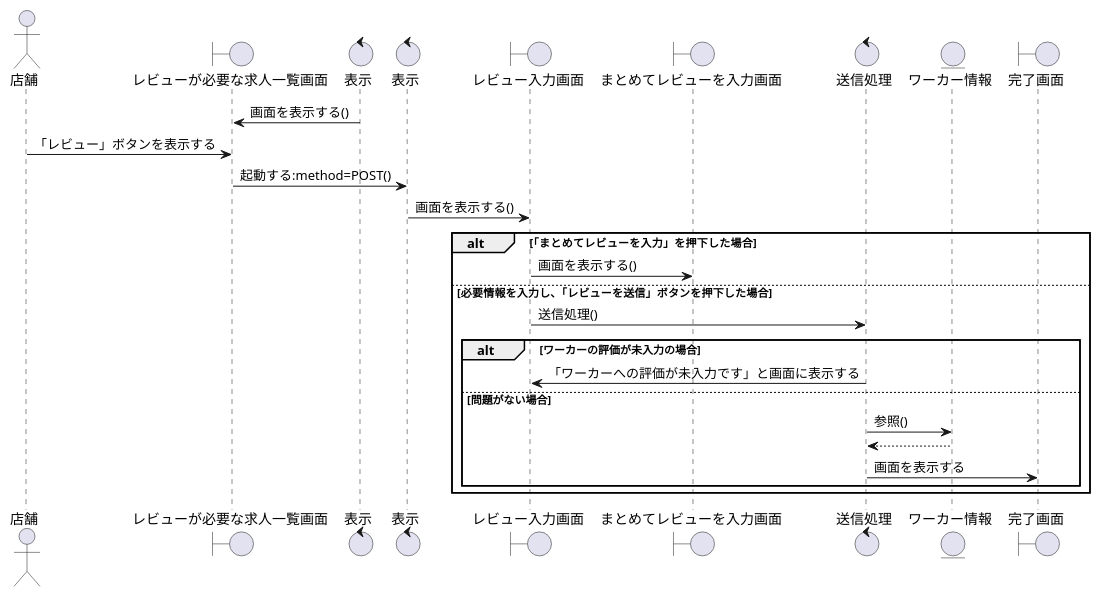
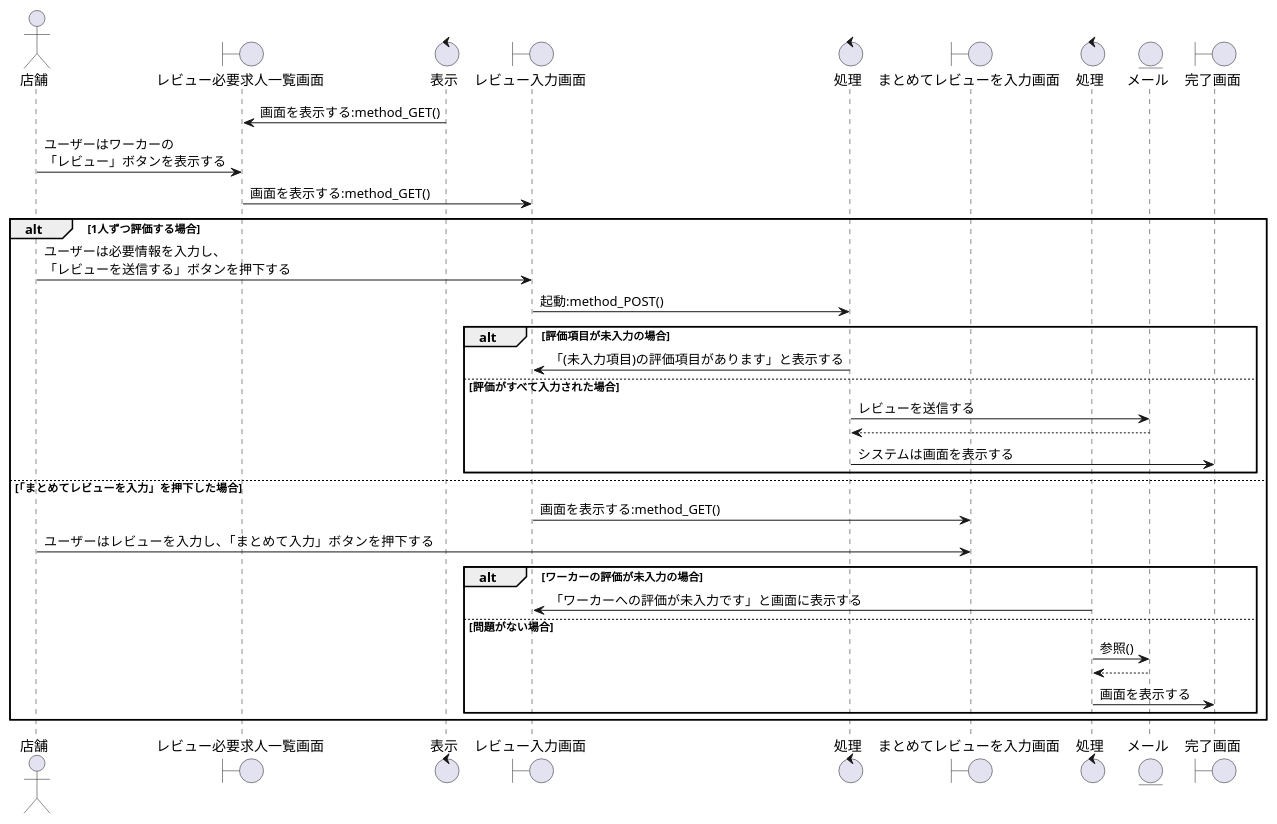
Before and after one commit to irukacb256/high_Me: the diagram in sequence_fig/8_storeside_fn/03_ワーカーを評価する.pu, drawn with PlantUML. The commit also changed 3 other files, not shown here.

```diff
--- a/sequence_fig/8_storeside_fn/03_ワーカーを評価する.pu
+++ b/sequence_fig/8_storeside_fn/03_ワーカーを評価する.pu
@@ -1,36 +1,46 @@
 @startuml ワーカーを評価する
 
 actor 店舗 as cp1
-boundary レビューが必要な求人一覧画面 as b1
+boundary レビュー必要求人一覧画面 as b1
 control 表示 as co1
-control 表示 as co2
 boundary レビュー入力画面 as b2
+control 処理 as co2 
 boundary まとめてレビューを入力画面 as b3
-control 送信処理 as co3
-entity ワーカー情報 as en1
+control 処理 as co3
+entity メール as en1
 boundary 完了画面 as b4
 
-b1 <- co1 :画面を表示する()
-cp1 -> b1 :「レビュー」ボタンを表示する
-b1 -> co2 :起動する:method=POST()
-co2 -> b2 :画面を表示する()
+b1 <- co1 : 画面を表示する:method_GET()
+cp1 -> b1 : ユーザーはワーカーの\n「レビュー」ボタンを表示する
+b1 -> b2 :画面を表示する:method_GET()
 
-alt 「まとめてレビューを入力」を押下した場合
-b2 -> b3 :画面を表示する()
+alt 1人ずつ評価する場合
+    cp1 -> b2 : ユーザーは必要情報を入力し、\n「レビューを送信する」ボタンを押下する
+    b2 -> co2 : 起動:method_POST()
+    
+    alt 評価項目が未入力の場合
+        co2 -> b2 : 「(未入力項目)の評価項目があります」と表示する
 
-else 必要情報を入力し、「レビューを送信」ボタンを押下した場合
-b2 -> co3 :送信処理()
+    else 評価がすべて入力された場合
+        co2 -> en1 : レビューを送信する
+        co2 <-- en1
+        co2 -> b4 : システムは画面を表示する
+    
+    end
+
+else 「まとめてレビューを入力」を押下した場合
+    b2 -> b3 : 画面を表示する:method_GET()
+    cp1 -> b3 : ユーザーはレビューを入力し、「まとめて入力」ボタンを押下する
 
     alt ワーカーの評価が未入力の場合
-    b2 <- co3 :「ワーカーへの評価が未入力です」と画面に表示する
+            b2 <- co3 :「ワーカーへの評価が未入力です」と画面に表示する
 
     else 問題がない場合
-    co3 -> en1 :参照()
-    co3 <-- en1
+            co3 -> en1 :参照()
+            co3 <-- en1
 
-    co3 -> b4 :画面を表示する
-
+            co3 -> b4 :画面を表示する
     end
 end
 
 @enduml
```
